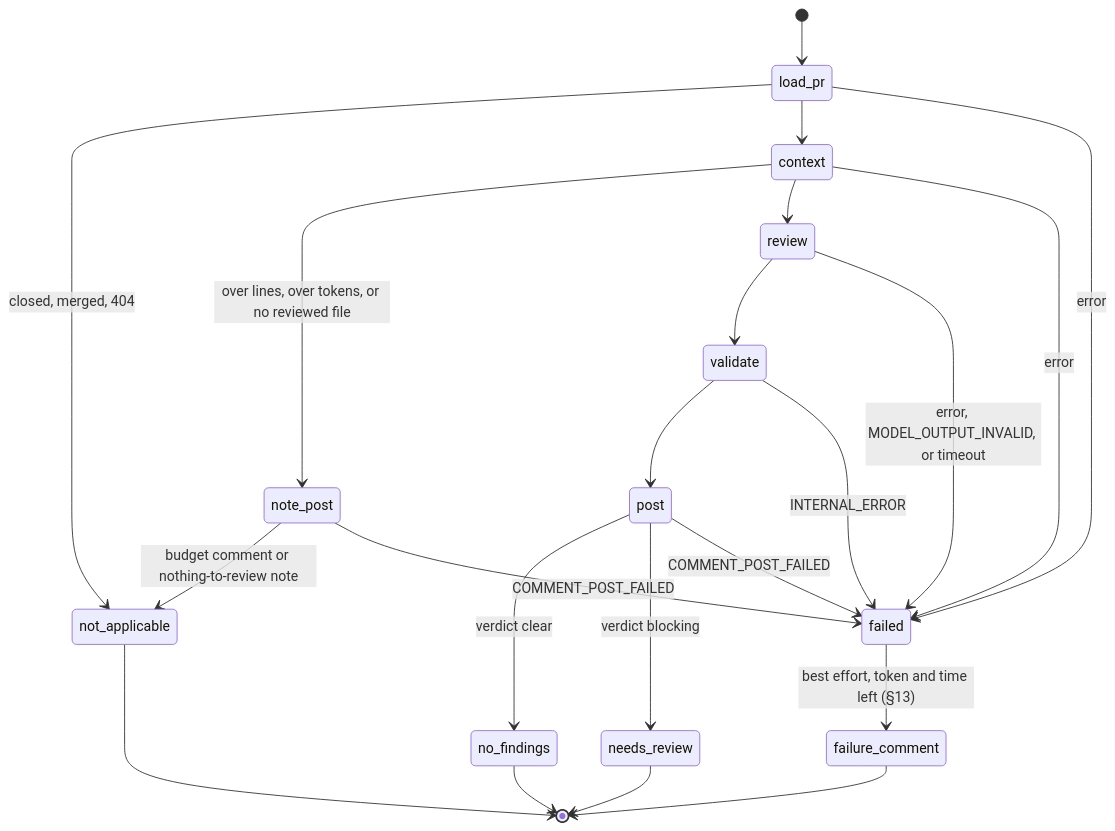
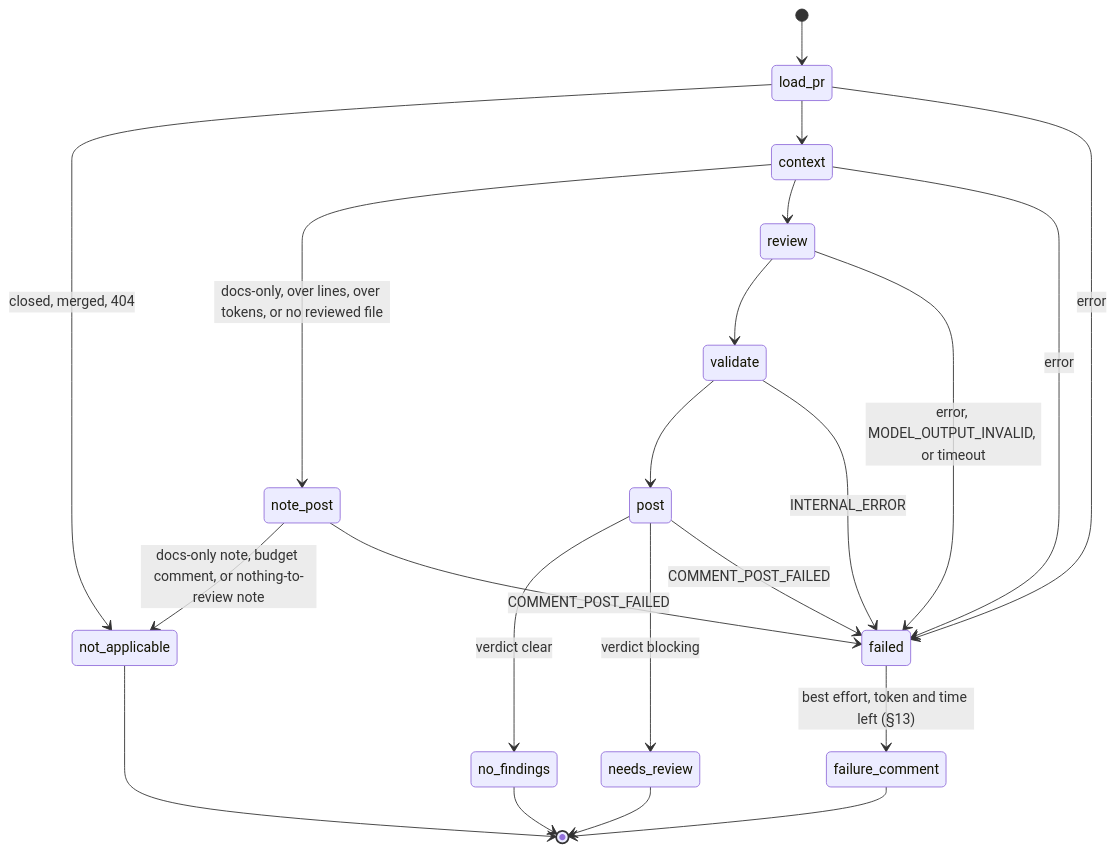
The fourth of 4 diagrams in workstream/specification-prd-code-review-agent.md (llipe/dev-tasks-agent-fleet), drawn with Mermaid before and after one commit. The commit also changed other lines of this file and 1 other file, not shown here.

First line of the commit message:
docs(code-review): spec v1.5 and roadmap row for PRD v1.4

````diff
--- a/workstream/specification-prd-code-review-agent.md
+++ b/workstream/specification-prd-code-review-agent.md
@@ -455,24 +497,24 @@
 ```mermaid
 stateDiagram-v2
     [*] --> load_pr
     load_pr --> not_applicable: closed, merged, 404
     load_pr --> context
-    context --> note_post: over lines, over tokens, or no reviewed file
-    note_post --> not_applicable: budget comment or nothing-to-review note
+    context --> note_post: docs-only, over lines, over tokens, or no reviewed file
+    note_post --> not_applicable: docs-only note, budget comment, or nothing-to-review note
     context --> review
     review --> validate
     validate --> post
     post --> no_findings: verdict clear
     post --> needs_review: verdict blocking
     load_pr --> failed: error
     context --> failed: error
     review --> failed: error, MODEL_OUTPUT_INVALID, or timeout
     validate --> failed: INTERNAL_ERROR
     post --> failed: COMMENT_POST_FAILED
     note_post --> failed: COMMENT_POST_FAILED
     failed --> failure_comment: best effort, token and time left (§13)
     not_applicable --> [*]
     no_findings --> [*]
     needs_review --> [*]
     failure_comment --> [*]
 ```
````
